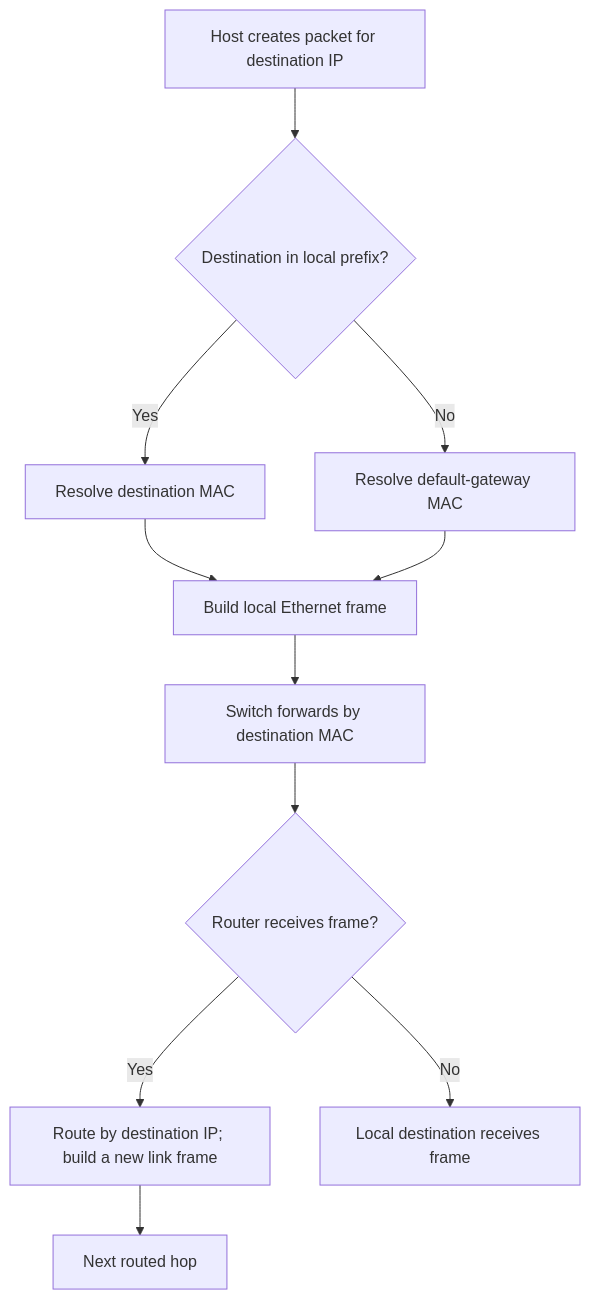
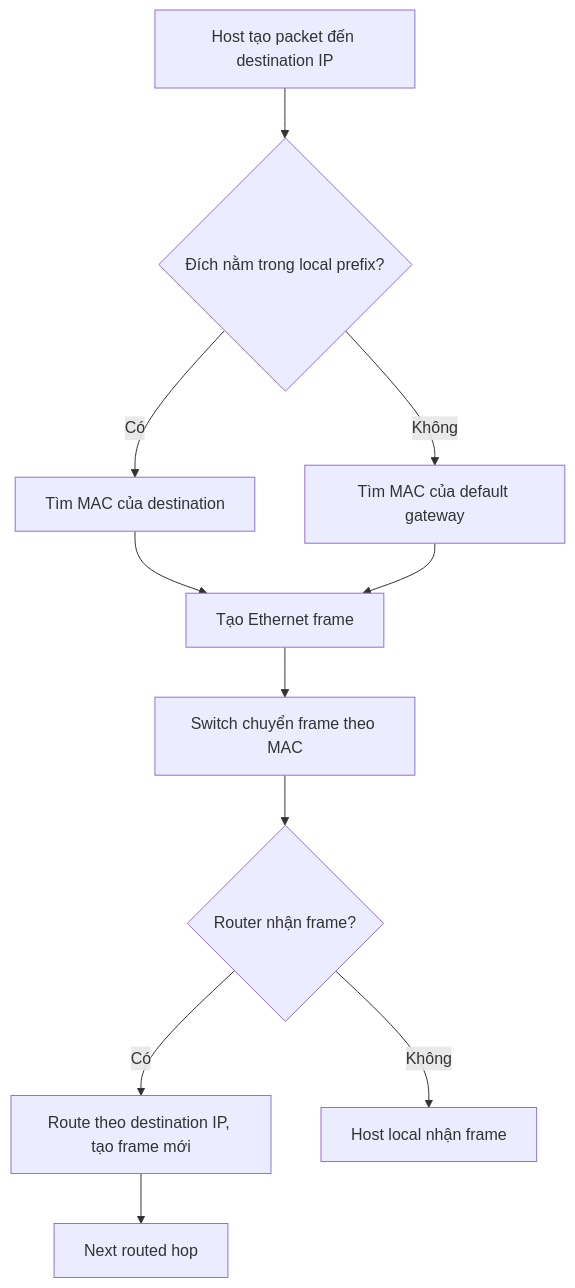
One commit to kittenwarrior-qb/svuit-class changed the second of 3 diagrams in IE101-co-so-ha-tang-cntt/notes/02-networking.md. Above: the diagram before and after it, drawn with Mermaid. The commit also changed other lines of this file and 8 other files, not shown here.

````diff
--- a/IE101-co-so-ha-tang-cntt/notes/02-networking.md
+++ b/IE101-co-so-ha-tang-cntt/notes/02-networking.md
@@ -36,13 +34,13 @@
 ```mermaid
 flowchart TD
-  H[Host creates packet for destination IP] --> C{Destination in local prefix?}
-  C -- Yes --> D[Resolve destination MAC]
-  C -- No --> G[Resolve default-gateway MAC]
-  D --> F[Build local Ethernet frame]
+  H[Host tạo packet đến destination IP] --> C{Đích nằm trong local prefix?}
+  C -- Có --> D[Tìm MAC của destination]
+  C -- Không --> G[Tìm MAC của default gateway]
+  D --> F[Tạo Ethernet frame]
   G --> F
-  F --> S[Switch forwards by destination MAC]
-  S --> R{Router receives frame?}
-  R -- Yes --> RT[Route by destination IP; build a new link frame]
-  R -- No --> L[Local destination receives frame]
+  F --> S[Switch chuyển frame theo MAC]
+  S --> R{Router nhận frame?}
+  R -- Có --> RT[Route theo destination IP, tạo frame mới]
+  R -- Không --> L[Host local nhận frame]
   RT --> N[Next routed hop]
 ```
````
